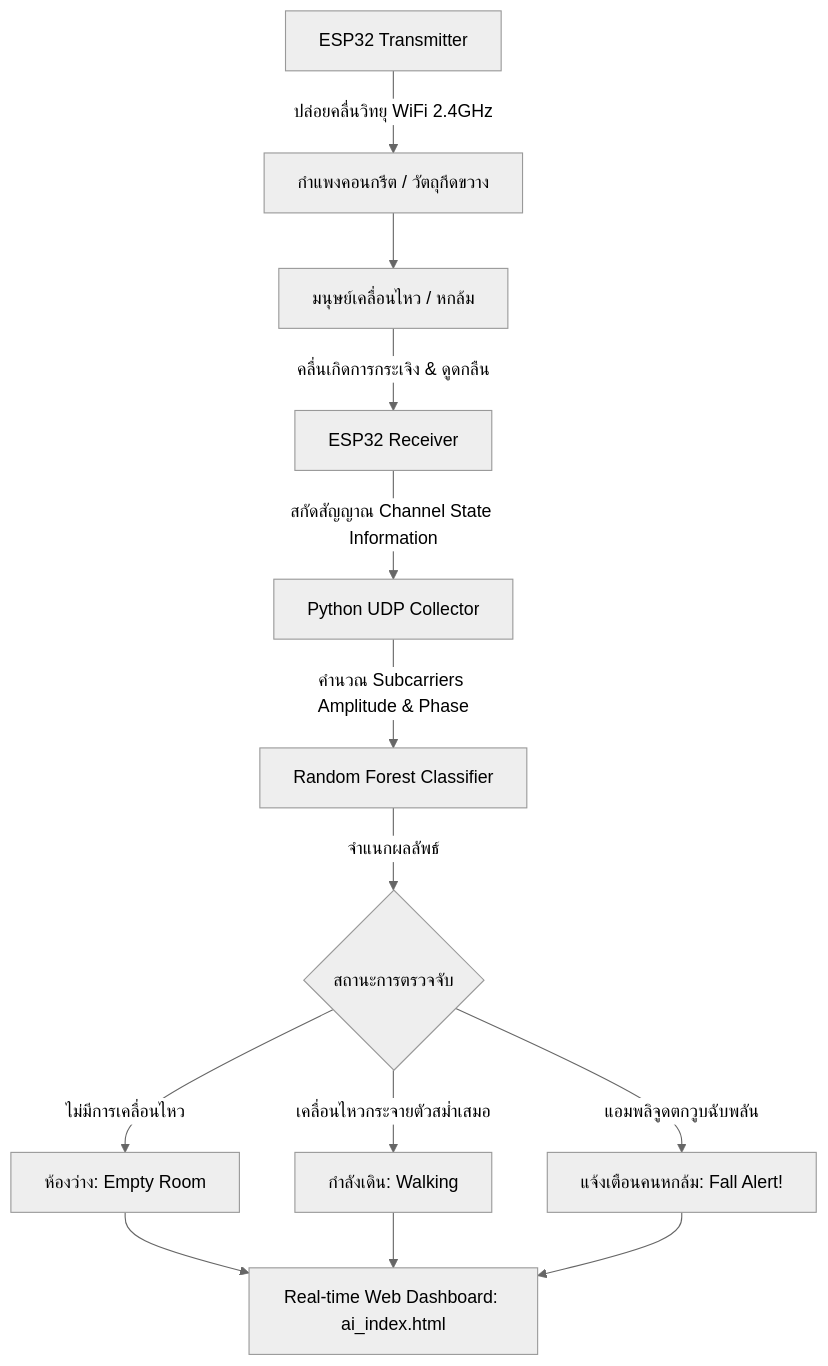
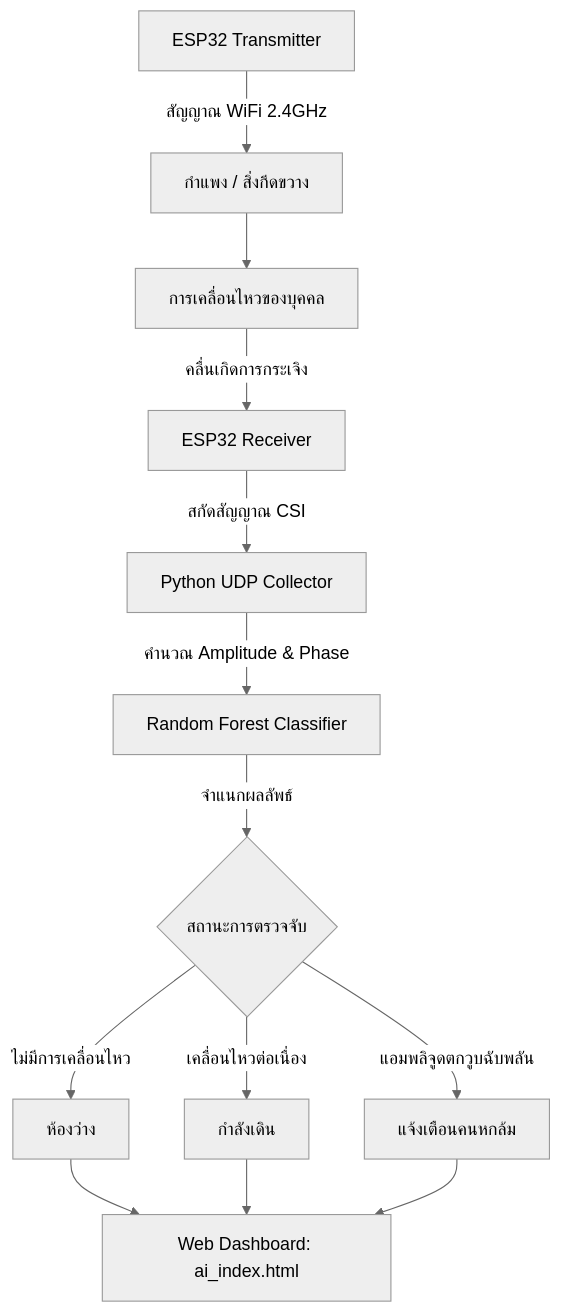
Before and after one commit to FANG9356/MyProject: the first of 9 diagrams in README.md, drawn with Mermaid (neutral theme). The commit also changed other lines of this file and 1 other file, not shown here.

````diff
--- a/README.md
+++ b/README.md
@@ -54,13 +52,13 @@
 ```mermaid
 flowchart TD
- A[ESP32 Transmitter] -->|ปล่อยคลื่นวิทยุ WiFi 2.4GHz| B[กำแพงคอนกรีต / วัตถุกีดขวาง]
- B --> C[มนุษย์เคลื่อนไหว / หกล้ม]
- C -->|คลื่นเกิดการกระเจิง & ดูดกลืน| D[ESP32 Receiver]
- D -->|สกัดสัญญาณ Channel State Information| E[Python UDP Collector]
- E -->|คำนวณ Subcarriers Amplitude & Phase| F[Random Forest Classifier]
- F -->|จำแนกผลลัพธ์| G{สถานะการตรวจจับ}
- G -->|ไม่มีการเคลื่อนไหว| H[ห้องว่าง: Empty Room]
- G -->|เคลื่อนไหวกระจายตัวสม่ำเสมอ| I[กำลังเดิน: Walking]
- G -->|แอมพลิจูดตกวูบฉับพลัน| J[แจ้งเตือนคนหกล้ม: Fall Alert!]
- H & I & J --> K[Real-time Web Dashboard: ai_index.html]
+  A[ESP32 Transmitter] -->|สัญญาณ WiFi 2.4GHz| B[กำแพง / สิ่งกีดขวาง]
+  B --> C[การเคลื่อนไหวของบุคคล]
+  C -->|คลื่นเกิดการกระเจิง| D[ESP32 Receiver]
+  D -->|สกัดสัญญาณ CSI| E[Python UDP Collector]
+  E -->|คำนวณ Amplitude & Phase| F[Random Forest Classifier]
+  F -->|จำแนกผลลัพธ์| G{สถานะการตรวจจับ}
+  G -->|ไม่มีการเคลื่อนไหว| H[ห้องว่าง]
+  G -->|เคลื่อนไหวต่อเนื่อง| I[กำลังเดิน]
+  G -->|แอมพลิจูดตกวูบฉับพลัน| J[แจ้งเตือนคนหกล้ม]
+  H & I & J --> K[Web Dashboard: ai_index.html]
 ```
````
